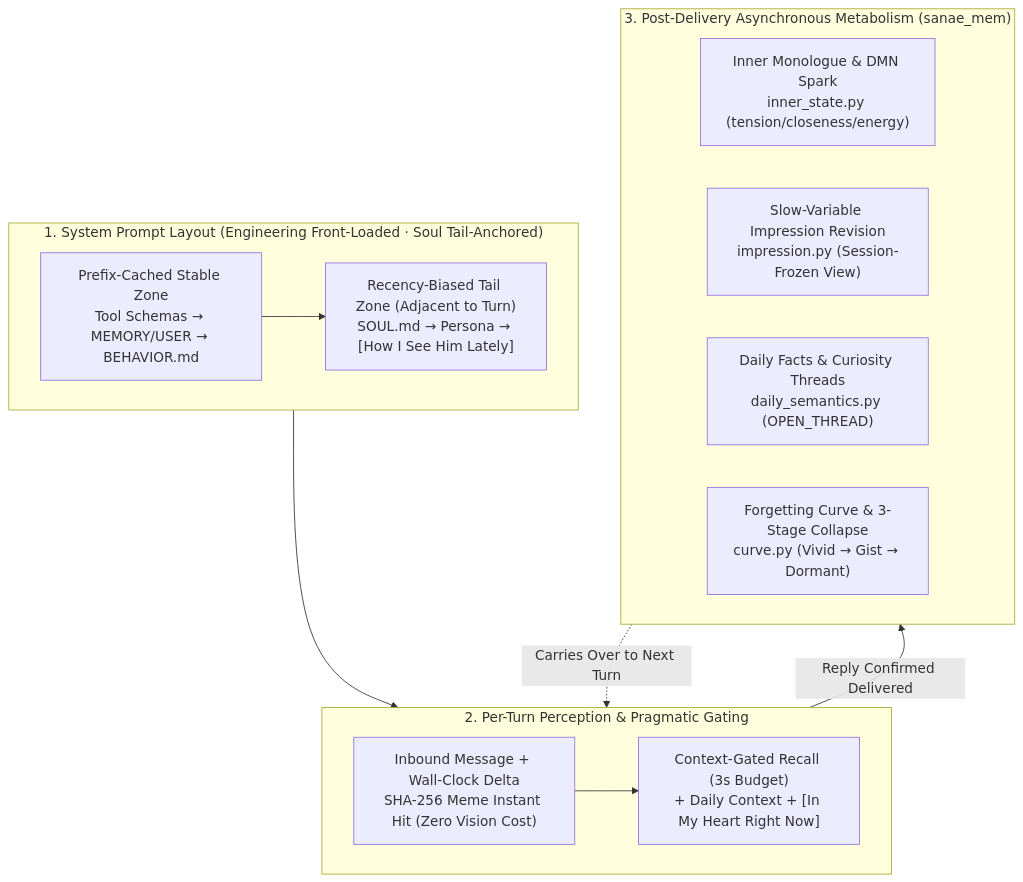
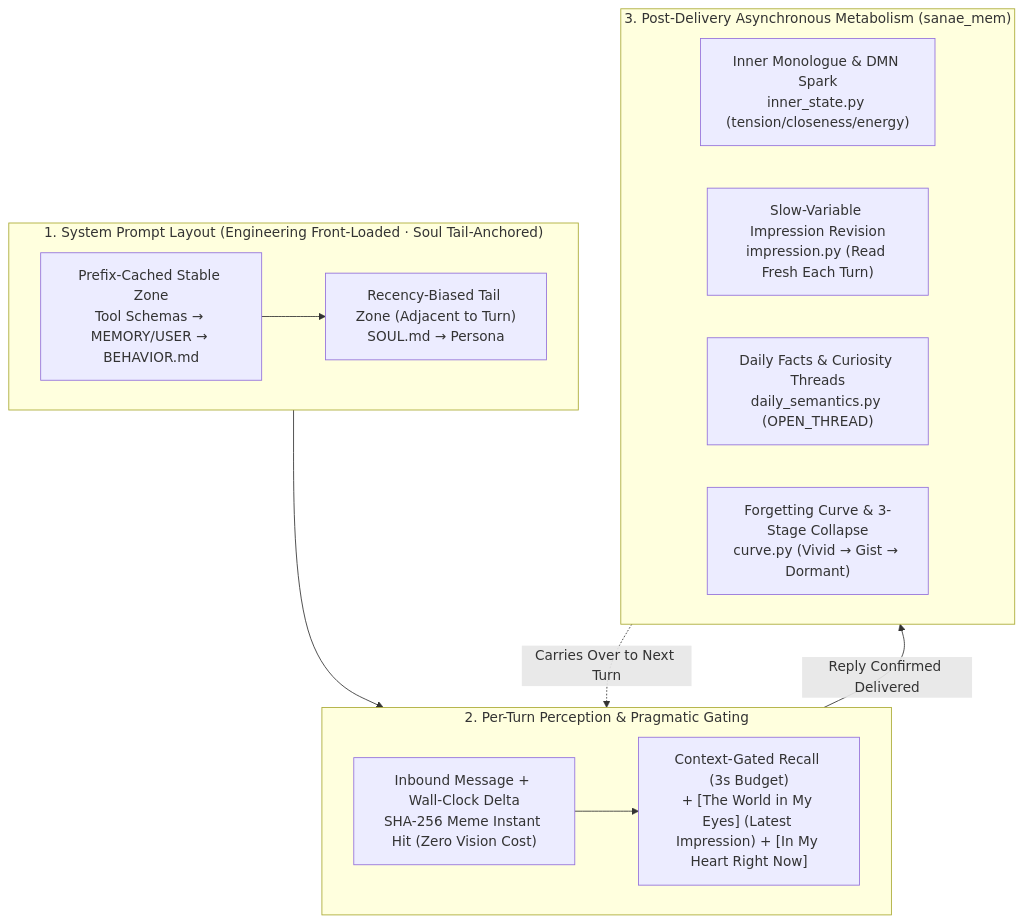
The diagram in README_en.md (LPoPia/weftpersona), drawn with Mermaid before and after one commit. The commit also changed other lines of this file and 168 other files, not shown here.

````diff
--- a/README_en.md
+++ b/README_en.md
@@ -47,24 +47,24 @@
 ```mermaid
 flowchart TB
     subgraph Prompt["1. System Prompt Layout (Engineering Front-Loaded · Soul Tail-Anchored)"]
         direction LR
-        P1["Prefix-Cached Stable Zone<br/>Tool Schemas → MEMORY/USER → BEHAVIOR.md"] --> P2["Recency-Biased Tail Zone (Adjacent to Turn)<br/>SOUL.md → Persona → [How I See Him Lately]"]
+        P1["Prefix-Cached Stable Zone<br/>Tool Schemas → MEMORY/USER → BEHAVIOR.md"] --> P2["Recency-Biased Tail Zone (Adjacent to Turn)<br/>SOUL.md → Persona"]
     end
 
     subgraph Turn["2. Per-Turn Perception & Pragmatic Gating"]
         direction LR
-        T1["Inbound Message + Wall-Clock Delta<br/>SHA-256 Meme Instant Hit (Zero Vision Cost)"] --> T2["Context-Gated Recall (3s Budget)<br/>+ Daily Context + [In My Heart Right Now]"]
+        T1["Inbound Message + Wall-Clock Delta<br/>SHA-256 Meme Instant Hit (Zero Vision Cost)"] --> T2["Context-Gated Recall (3s Budget)<br/>+ [The World in My Eyes] (Latest Impression) + [In My Heart Right Now]"]
     end
 
     subgraph Async["3. Post-Delivery Asynchronous Metabolism (sanae_mem)"]
         direction LR
         A1["Inner Monologue & DMN Spark<br/>inner_state.py (tension/closeness/energy)"]
-        A2["Slow-Variable Impression Revision<br/>impression.py (Session-Frozen View)"]
+        A2["Slow-Variable Impression Revision<br/>impression.py (Read Fresh Each Turn)"]
         A3["Daily Facts & Curiosity Threads<br/>daily_semantics.py (OPEN_THREAD)"]
         A4["Forgetting Curve & 3-Stage Collapse<br/>curve.py (Vivid → Gist → Dormant)"]
     end
 
     Prompt --> Turn
     Turn -->|"Reply Confirmed Delivered"| Async
     Async -.->|"Carries Over to Next Turn"| Turn
 ```
````
